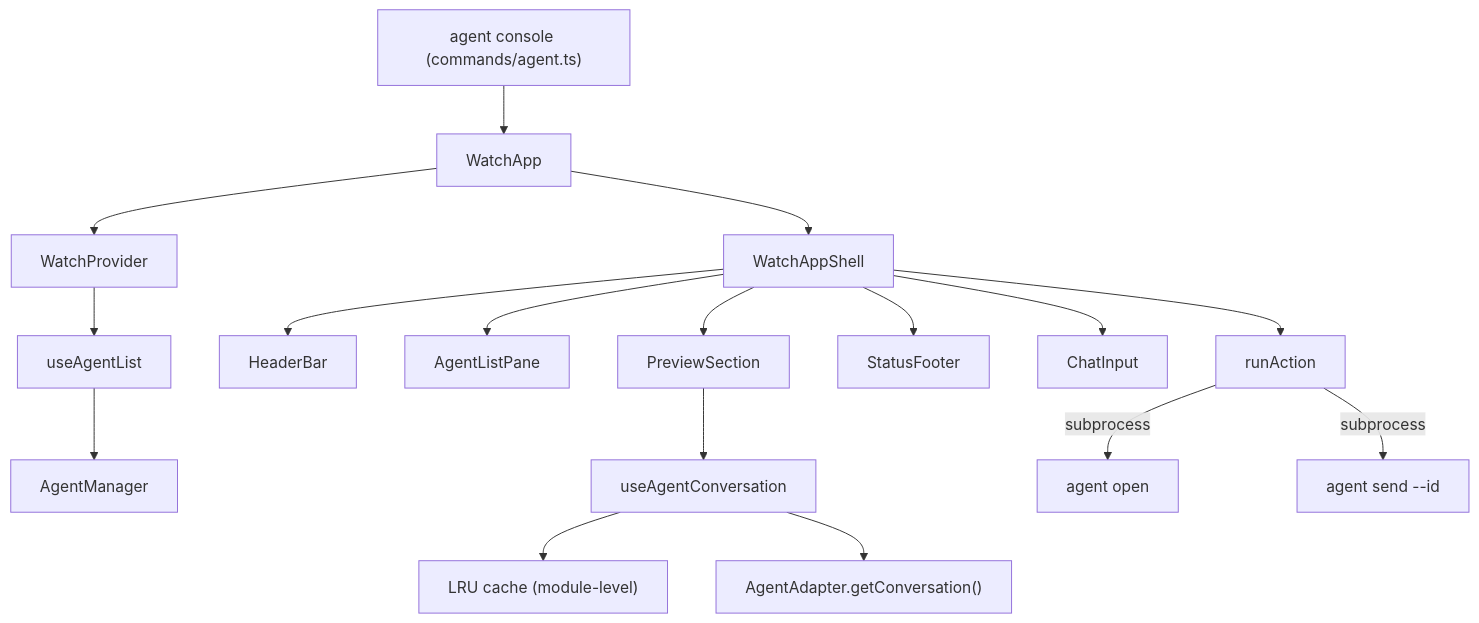
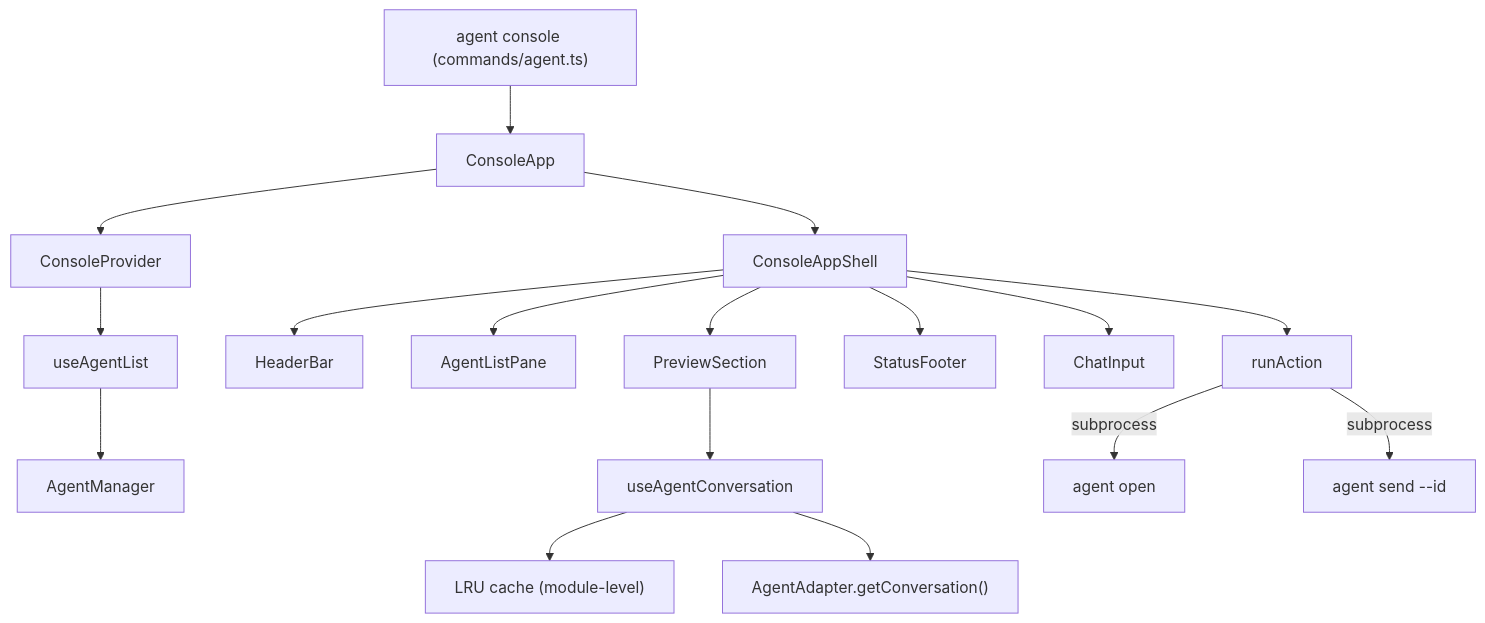
The diagram in docs/ai/design/2026-05-28-feature-agent-watch.md (codeaholicguy/ai-devkit), drawn with Mermaid before and after one commit. The commit also changed other lines of this file, not shown here.

Commit message:
feat(cli): update naming

````diff
--- a/docs/ai/design/2026-05-28-feature-agent-watch.md
+++ b/docs/ai/design/2026-05-28-feature-agent-watch.md
@@ -11,24 +11,24 @@
 ```mermaid
 graph TD
     CLI["agent console (commands/agent.ts)"]
-    CLI --> WatchApp
+    CLI --> ConsoleApp
 
-    WatchApp --> WatchProvider
-    WatchProvider --> useAgentList
+    ConsoleApp --> ConsoleProvider
+    ConsoleProvider --> useAgentList
     useAgentList --> AgentManager
 
-    WatchApp --> WatchAppShell
-    WatchAppShell --> HeaderBar
-    WatchAppShell --> AgentListPane
-    WatchAppShell --> PreviewSection
-    WatchAppShell --> StatusFooter
-    WatchAppShell --> ChatInput
+    ConsoleApp --> ConsoleAppShell
+    ConsoleAppShell --> HeaderBar
+    ConsoleAppShell --> AgentListPane
+    ConsoleAppShell --> PreviewSection
+    ConsoleAppShell --> StatusFooter
+    ConsoleAppShell --> ChatInput
 
     PreviewSection --> useAgentConversation
     useAgentConversation --> conversationCache["LRU cache (module-level)"]
     useAgentConversation --> AgentAdapter["AgentAdapter.getConversation()"]
 
-    WatchAppShell --> runAction
+    ConsoleAppShell --> runAction
     runAction -->|subprocess| CLIAgentOpen["agent open <name>"]
     runAction -->|subprocess| CLIAgentSend["agent send <msg> --id <name>"]
 ```
````
